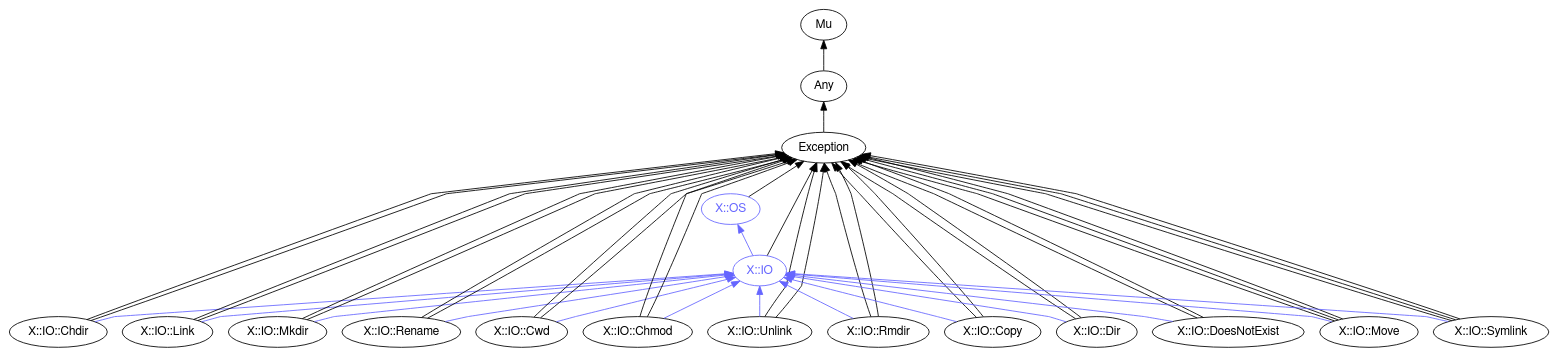
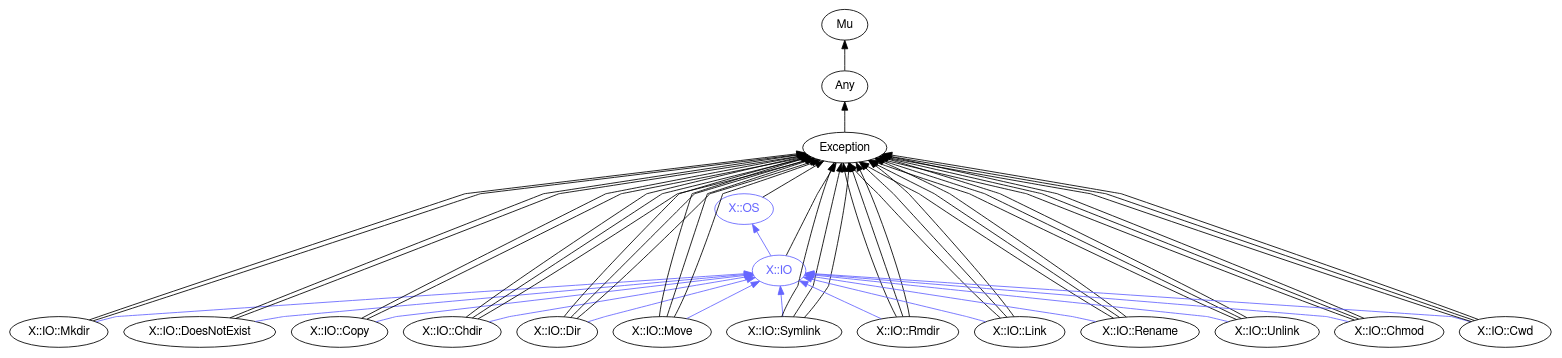
The diagram in images/type-graph-X::IO.svg.dot (perl6docs/perl6docs.github.io), drawn with Graphviz before and after one commit. The commit also changed 1889 other files, not shown here.

```diff
--- a/images/type-graph-X::IO.svg.dot
+++ b/images/type-graph-X::IO.svg.dot
@@ -1,74 +1,82 @@
 digraph "perl6-type-graph" {
     rankdir=BT;
     splines=polyline;
     overlap=false; 
     // Types
     "X::IO" [color="#6666FF", fontcolor="#6666FF", href="/type/X::IO", fontname="FreeSans"];
     "Mu" [color="#000000", fontcolor="#000000", href="/type/Mu", fontname="FreeSans"];
     "Any" [color="#000000", fontcolor="#000000", href="/type/Any", fontname="FreeSans"];
     "Exception" [color="#000000", fontcolor="#000000", href="/type/Exception", fontname="FreeSans"];
     "X::OS" [color="#6666FF", fontcolor="#6666FF", href="/type/X::OS", fontname="FreeSans"];
+    "X::IO::Mkdir" [color="#000000", fontcolor="#000000", href="/type/X::IO::Mkdir", fontname="FreeSans"];
+    "X::IO::DoesNotExist" [color="#000000", fontcolor="#000000", href="/type/X::IO::DoesNotExist", fontname="FreeSans"];
+    "X::IO::Copy" [color="#000000", fontcolor="#000000", href="/type/X::IO::Copy", fontname="FreeSans"];
     "X::IO::Chdir" [color="#000000", fontcolor="#000000", href="/type/X::IO::Chdir", fontname="FreeSans"];
-    "X::IO::Link" [color="#000000", fontcolor="#000000", href="/type/X::IO::Link", fontname="FreeSans"];
-    "X::IO::Mkdir" [color="#000000", fontcolor="#000000", href="/type/X::IO::Mkdir", fontname="FreeSans"];
-    "X::IO::Rename" [color="#000000", fontcolor="#000000", href="/type/X::IO::Rename", fontname="FreeSans"];
-    "X::IO::Cwd" [color="#000000", fontcolor="#000000", href="/type/X::IO::Cwd", fontname="FreeSans"];
-    "X::IO::Chmod" [color="#000000", fontcolor="#000000", href="/type/X::IO::Chmod", fontname="FreeSans"];
-    "X::IO::Unlink" [color="#000000", fontcolor="#000000", href="/type/X::IO::Unlink", fontname="FreeSans"];
-    "X::IO::Rmdir" [color="#000000", fontcolor="#000000", href="/type/X::IO::Rmdir", fontname="FreeSans"];
-    "X::IO::Copy" [color="#000000", fontcolor="#000000", href="/type/X::IO::Copy", fontname="FreeSans"];
     "X::IO::Dir" [color="#000000", fontcolor="#000000", href="/type/X::IO::Dir", fontname="FreeSans"];
-    "X::IO::DoesNotExist" [color="#000000", fontcolor="#000000", href="/type/X::IO::DoesNotExist", fontname="FreeSans"];
     "X::IO::Move" [color="#000000", fontcolor="#000000", href="/type/X::IO::Move", fontname="FreeSans"];
     "X::IO::Symlink" [color="#000000", fontcolor="#000000", href="/type/X::IO::Symlink", fontname="FreeSans"];
+    "X::IO::Rmdir" [color="#000000", fontcolor="#000000", href="/type/X::IO::Rmdir", fontname="FreeSans"];
+    "X::IO::Link" [color="#000000", fontcolor="#000000", href="/type/X::IO::Link", fontname="FreeSans"];
+    "X::IO::Rename" [color="#000000", fontcolor="#000000", href="/type/X::IO::Rename", fontname="FreeSans"];
+    "X::IO::Unlink" [color="#000000", fontcolor="#000000", href="/type/X::IO::Unlink", fontname="FreeSans"];
+    "X::IO::Chmod" [color="#000000", fontcolor="#000000", href="/type/X::IO::Chmod", fontname="FreeSans"];
+    "X::IO::Cwd" [color="#000000", fontcolor="#000000", href="/type/X::IO::Cwd", fontname="FreeSans"];
 
     // Superclasses
     "X::IO" -> "Exception" [color="#000000"];
     "Any" -> "Mu" [color="#000000"];
     "Exception" -> "Any" [color="#000000"];
     "X::OS" -> "Exception" [color="#000000"];
+    "X::IO::Mkdir" -> "Exception" [color="#000000"];
+    "X::IO::Mkdir" -> "Exception" [color="#000000"];
+    "X::IO::DoesNotExist" -> "Exception" [color="#000000"];
+    "X::IO::DoesNotExist" -> "Exception" [color="#000000"];
+    "X::IO::Copy" -> "Exception" [color="#000000"];
+    "X::IO::Copy" -> "Exception" [color="#000000"];
     "X::IO::Chdir" -> "Exception" [color="#000000"];
     "X::IO::Chdir" -> "Exception" [color="#000000"];
-    "X::IO::Link" -> "Exception" [color="#000000"];
-    "X::IO::Link" -> "Exception" [color="#000000"];
-    "X::IO::Mkdir" -> "Exception" [color="#000000"];
-    "X::IO::Mkdir" -> "Exception" [color="#000000"];
-    "X::IO::Rename" -> "Exception" [color="#000000"];
-    "X::IO::Rename" -> "Exception" [color="#000000"];
-    "X::IO::Cwd" -> "Exception" [color="#000000"];
-    "X::IO::Cwd" -> "Exception" [color="#000000"];
-    "X::IO::Chmod" -> "Exception" [color="#000000"];
-    "X::IO::Chmod" -> "Exception" [color="#000000"];
-    "X::IO::Unlink" -> "Exception" [color="#000000"];
-    "X::IO::Unlink" -> "Exception" [color="#000000"];
-    "X::IO::Rmdir" -> "Exception" [color="#000000"];
-    "X::IO::Rmdir" -> "Exception" [color="#000000"];
-    "X::IO::Copy" -> "Exception" [color="#000000"];
-    "X::IO::Copy" -> "Exception" [color="#000000"];
+    "X::IO::Chdir" -> "Exception" [color="#000000"];
     "X::IO::Dir" -> "Exception" [color="#000000"];
     "X::IO::Dir" -> "Exception" [color="#000000"];
-    "X::IO::DoesNotExist" -> "Exception" [color="#000000"];
-    "X::IO::DoesNotExist" -> "Exception" [color="#000000"];
+    "X::IO::Dir" -> "Exception" [color="#000000"];
     "X::IO::Move" -> "Exception" [color="#000000"];
     "X::IO::Move" -> "Exception" [color="#000000"];
     "X::IO::Move" -> "Exception" [color="#000000"];
     "X::IO::Symlink" -> "Exception" [color="#000000"];
     "X::IO::Symlink" -> "Exception" [color="#000000"];
     "X::IO::Symlink" -> "Exception" [color="#000000"];
+    "X::IO::Rmdir" -> "Exception" [color="#000000"];
+    "X::IO::Rmdir" -> "Exception" [color="#000000"];
+    "X::IO::Rmdir" -> "Exception" [color="#000000"];
+    "X::IO::Link" -> "Exception" [color="#000000"];
+    "X::IO::Link" -> "Exception" [color="#000000"];
+    "X::IO::Link" -> "Exception" [color="#000000"];
+    "X::IO::Rename" -> "Exception" [color="#000000"];
+    "X::IO::Rename" -> "Exception" [color="#000000"];
+    "X::IO::Rename" -> "Exception" [color="#000000"];
+    "X::IO::Unlink" -> "Exception" [color="#000000"];
+    "X::IO::Unlink" -> "Exception" [color="#000000"];
+    "X::IO::Unlink" -> "Exception" [color="#000000"];
+    "X::IO::Chmod" -> "Exception" [color="#000000"];
+    "X::IO::Chmod" -> "Exception" [color="#000000"];
+    "X::IO::Chmod" -> "Exception" [color="#000000"];
+    "X::IO::Cwd" -> "Exception" [color="#000000"];
+    "X::IO::Cwd" -> "Exception" [color="#000000"];
+    "X::IO::Cwd" -> "Exception" [color="#000000"];
 
     // Roles
     "X::IO" -> "X::OS" [color="#6666FF"];
+    "X::IO::Mkdir" -> "X::IO" [color="#6666FF"];
+    "X::IO::DoesNotExist" -> "X::IO" [color="#6666FF"];
+    "X::IO::Copy" -> "X::IO" [color="#6666FF"];
     "X::IO::Chdir" -> "X::IO" [color="#6666FF"];
-    "X::IO::Link" -> "X::IO" [color="#6666FF"];
-    "X::IO::Mkdir" -> "X::IO" [color="#6666FF"];
-    "X::IO::Rename" -> "X::IO" [color="#6666FF"];
-    "X::IO::Cwd" -> "X::IO" [color="#6666FF"];
-    "X::IO::Chmod" -> "X::IO" [color="#6666FF"];
-    "X::IO::Unlink" -> "X::IO" [color="#6666FF"];
-    "X::IO::Rmdir" -> "X::IO" [color="#6666FF"];
-    "X::IO::Copy" -> "X::IO" [color="#6666FF"];
     "X::IO::Dir" -> "X::IO" [color="#6666FF"];
-    "X::IO::DoesNotExist" -> "X::IO" [color="#6666FF"];
     "X::IO::Move" -> "X::IO" [color="#6666FF"];
     "X::IO::Symlink" -> "X::IO" [color="#6666FF"];
+    "X::IO::Rmdir" -> "X::IO" [color="#6666FF"];
+    "X::IO::Link" -> "X::IO" [color="#6666FF"];
+    "X::IO::Rename" -> "X::IO" [color="#6666FF"];
+    "X::IO::Unlink" -> "X::IO" [color="#6666FF"];
+    "X::IO::Chmod" -> "X::IO" [color="#6666FF"];
+    "X::IO::Cwd" -> "X::IO" [color="#6666FF"];
 }
```
